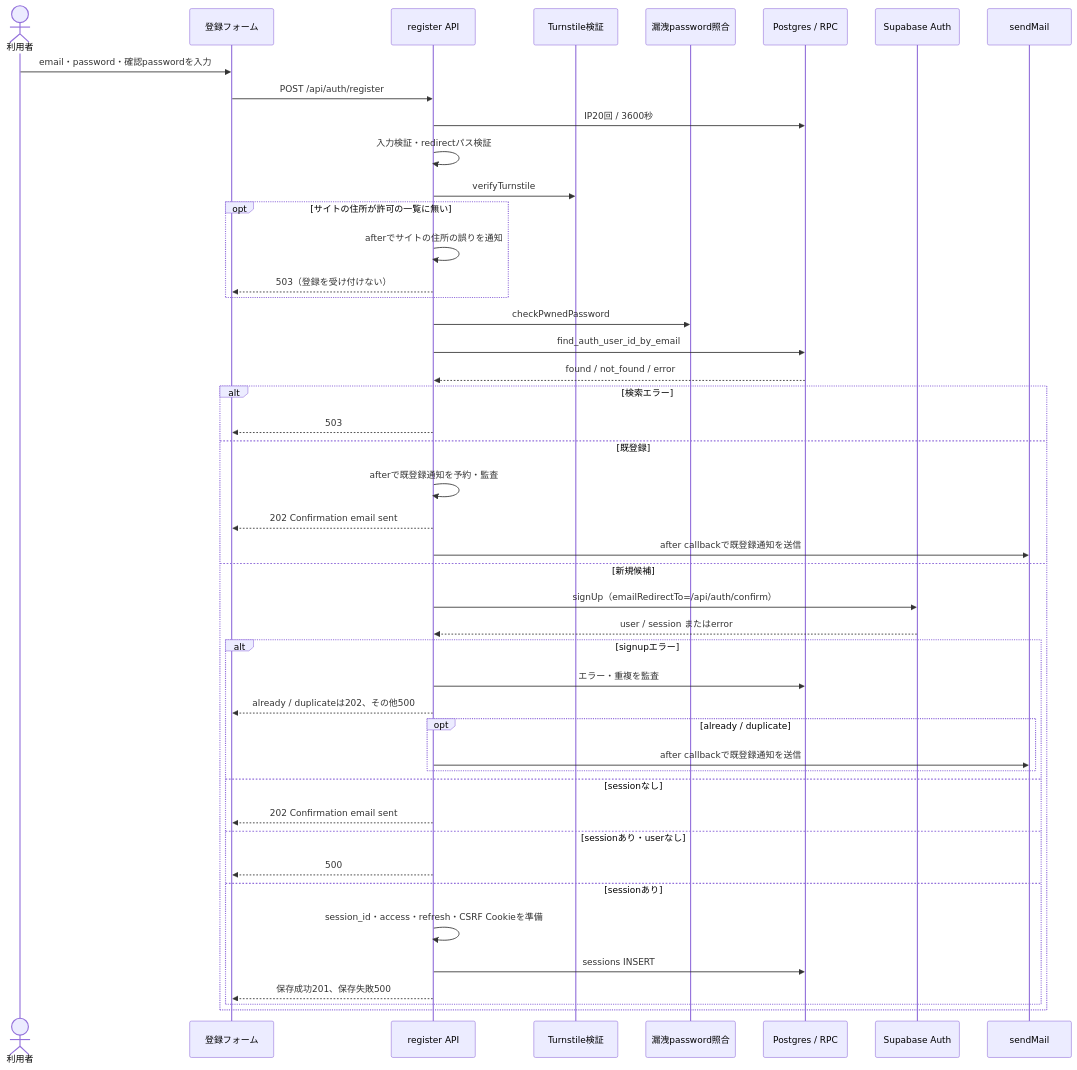
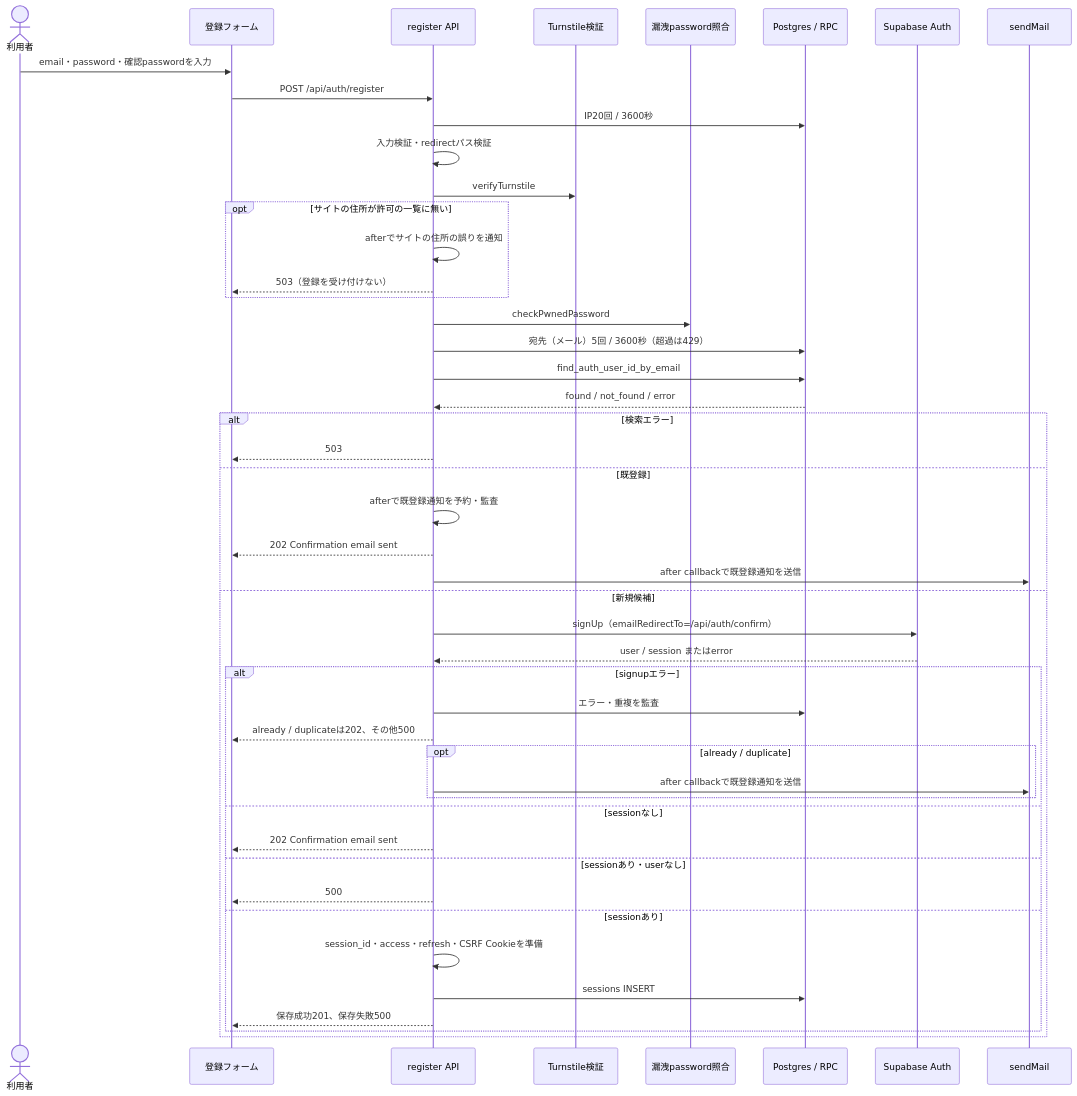
Before and after one commit to ChocoWork/o_official: the first of 3 diagrams in docs/04_DetailDesign/sequence/auth-registration.md, drawn with Mermaid. The commit also changed other lines of this file and 177 other files, not shown here.

````diff
--- a/docs/04_DetailDesign/sequence/auth-registration.md
+++ b/docs/04_DetailDesign/sequence/auth-registration.md
@@ -27,48 +27,49 @@
 ```mermaid
 sequenceDiagram
   actor User as 利用者
   participant UI as 登録フォーム
   participant API as register API
   participant Bot as Turnstile検証
   participant Check as 漏洩password照合
   participant DB as Postgres / RPC
   participant Auth as Supabase Auth
   participant Mail as sendMail
   User->>UI: email・password・確認passwordを入力
   UI->>API: POST /api/auth/register
   API->>DB: IP20回 / 3600秒
   API->>API: 入力検証・redirectパス検証
   API->>Bot: verifyTurnstile
   opt サイトの住所が許可の一覧に無い
     API->>API: afterでサイトの住所の誤りを通知
     API-->>UI: 503（登録を受け付けない）
   end
   API->>Check: checkPwnedPassword
+  API->>DB: 宛先（メール）5回 / 3600秒（超過は429）
   API->>DB: find_auth_user_id_by_email
   DB-->>API: found / not_found / error
   alt 検索エラー
     API-->>UI: 503
   else 既登録
     API->>API: afterで既登録通知を予約・監査
     API-->>UI: 202 Confirmation email sent
     API->>Mail: after callbackで既登録通知を送信
   else 新規候補
     API->>Auth: signUp（emailRedirectTo=/api/auth/confirm）
     Auth-->>API: user / session またはerror
     alt signupエラー
       API->>DB: エラー・重複を監査
       API-->>UI: already / duplicateは202、その他500
       opt already / duplicate
         API->>Mail: after callbackで既登録通知を送信
       end
     else sessionなし
       API-->>UI: 202 Confirmation email sent
     else sessionあり・userなし
       API-->>UI: 500
     else sessionあり
       API->>API: session_id・access・refresh・CSRF Cookieを準備
       API->>DB: sessions INSERT
       API-->>UI: 保存成功201、保存失敗500
     end
   end
 ```
````
